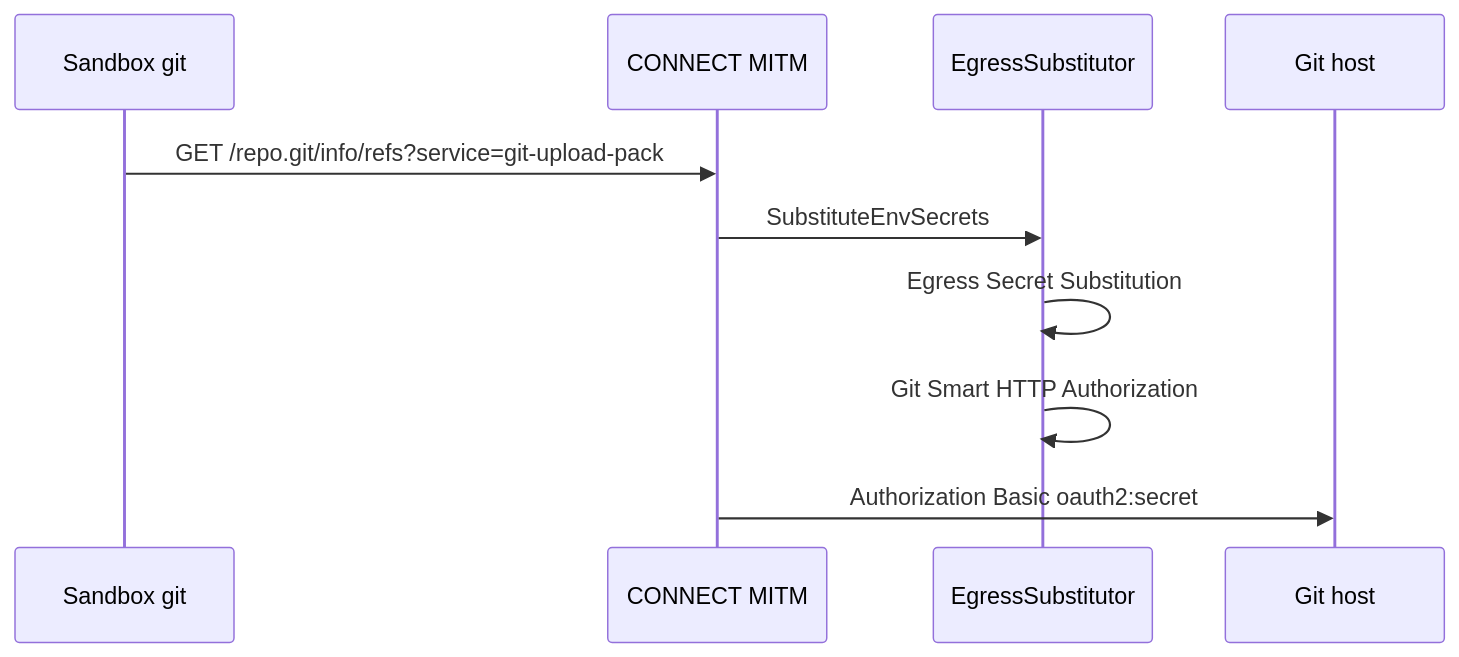
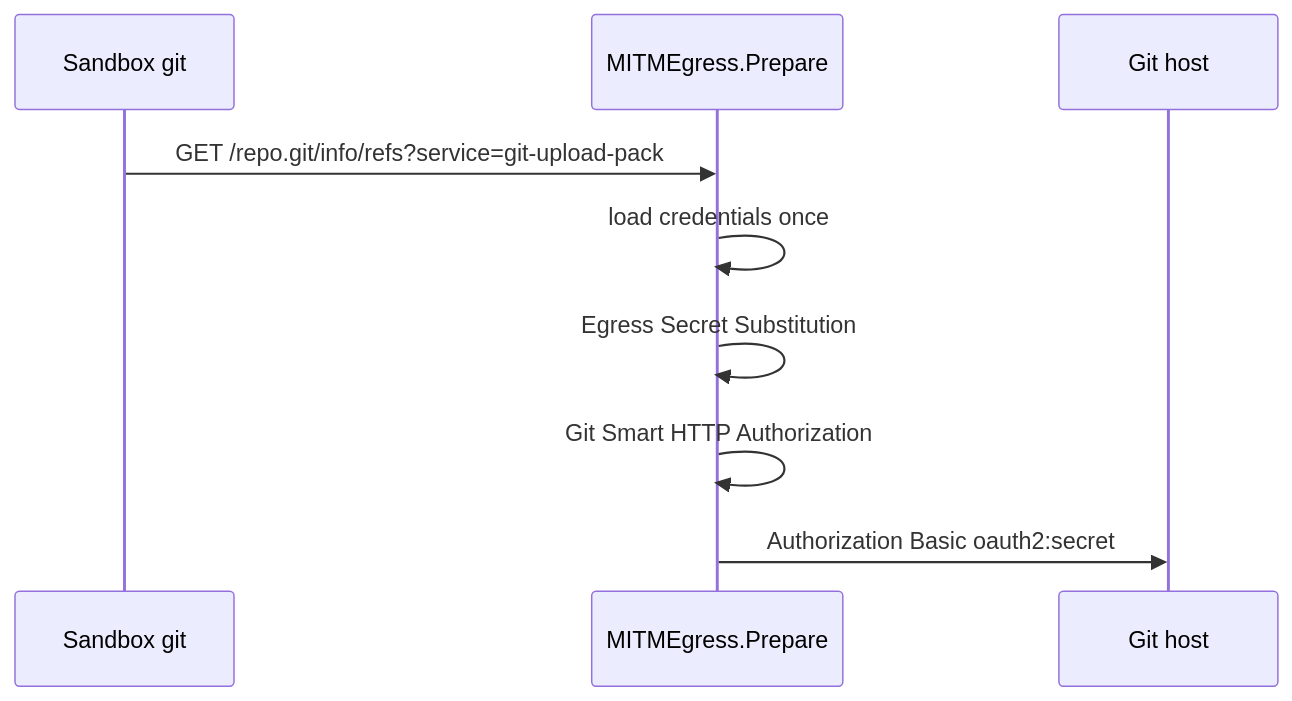
One commit to superduck-ai/open-managed-agents changed the diagram in docs/design/be/vault-runtime.md. Above: the diagram before and after it, drawn with Mermaid. The commit also changed other lines of this file and 7 other files, not shown here.

````diff
--- a/docs/design/be/vault-runtime.md
+++ b/docs/design/be/vault-runtime.md
@@ -208,13 +208,12 @@
 ```mermaid
 sequenceDiagram
     participant Git as Sandbox git
-    participant MITM as CONNECT MITM
-    participant Vault as EgressSubstitutor
+    participant MITM as MITMEgress.Prepare
     participant Up as Git host
 
     Git->>MITM: GET /repo.git/info/refs?service=git-upload-pack
-    MITM->>Vault: SubstituteEnvSecrets
-    Vault->>Vault: Egress Secret Substitution
-    Vault->>Vault: Git Smart HTTP Authorization
+    MITM->>MITM: load credentials once
+    MITM->>MITM: Egress Secret Substitution
+    MITM->>MITM: Git Smart HTTP Authorization
     MITM->>Up: Authorization Basic oauth2:secret
 ```
````
